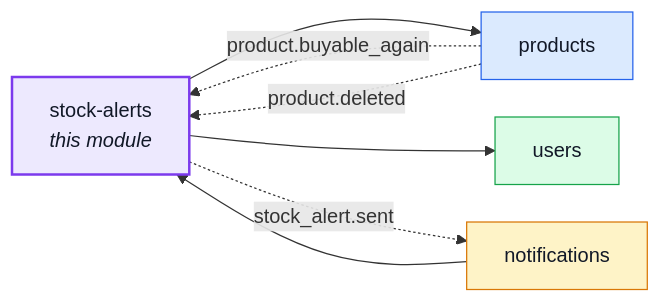
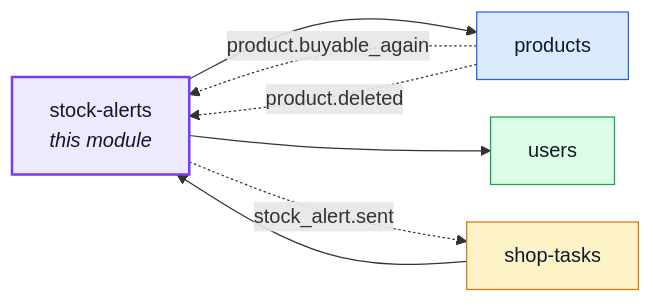
One commit to Guebbit/boilerplate-node-backend changed the first of 2 diagrams in docs/modules/stock-alerts.md. Above: the diagram before and after it, drawn with Mermaid. The commit also changed 107 other files, not shown here.

First line of the commit message:
refactor(shop-tasks): move the shop's to-dos and notices into their own module

````diff
--- a/docs/modules/stock-alerts.md
+++ b/docs/modules/stock-alerts.md
@@ -16,24 +16,24 @@
 ```mermaid
 %%{init: {'flowchart': {'nodeSpacing': 30, 'rankSpacing': 60}}}%%
 flowchart LR
     stock_alerts["stock-alerts<br/><i>this module</i>"]
-    notifications["notifications"]
     products["products"]
+    shop_tasks["shop-tasks"]
     users["users"]
 
-    notifications --> stock_alerts
+    shop_tasks --> stock_alerts
     stock_alerts --> products
     stock_alerts --> users
     products -. "product.buyable_again" .-> stock_alerts
     products -. "product.deleted" .-> stock_alerts
-    stock_alerts -. "stock_alert.sent" .-> notifications
+    stock_alerts -. "stock_alert.sent" .-> shop_tasks
 
     classDef core fill:#dbeafe,stroke:#2563eb,color:#111827;
     classDef supporting fill:#fef3c7,stroke:#d97706,color:#111827;
     classDef generic fill:#dcfce7,stroke:#16a34a,color:#111827;
     classDef centre fill:#ede9fe,stroke:#7c3aed,stroke-width:2px,color:#111827;
     class products core;
-    class notifications supporting;
+    class shop_tasks supporting;
     class users generic;
     class stock_alerts centre;
 ```
````
